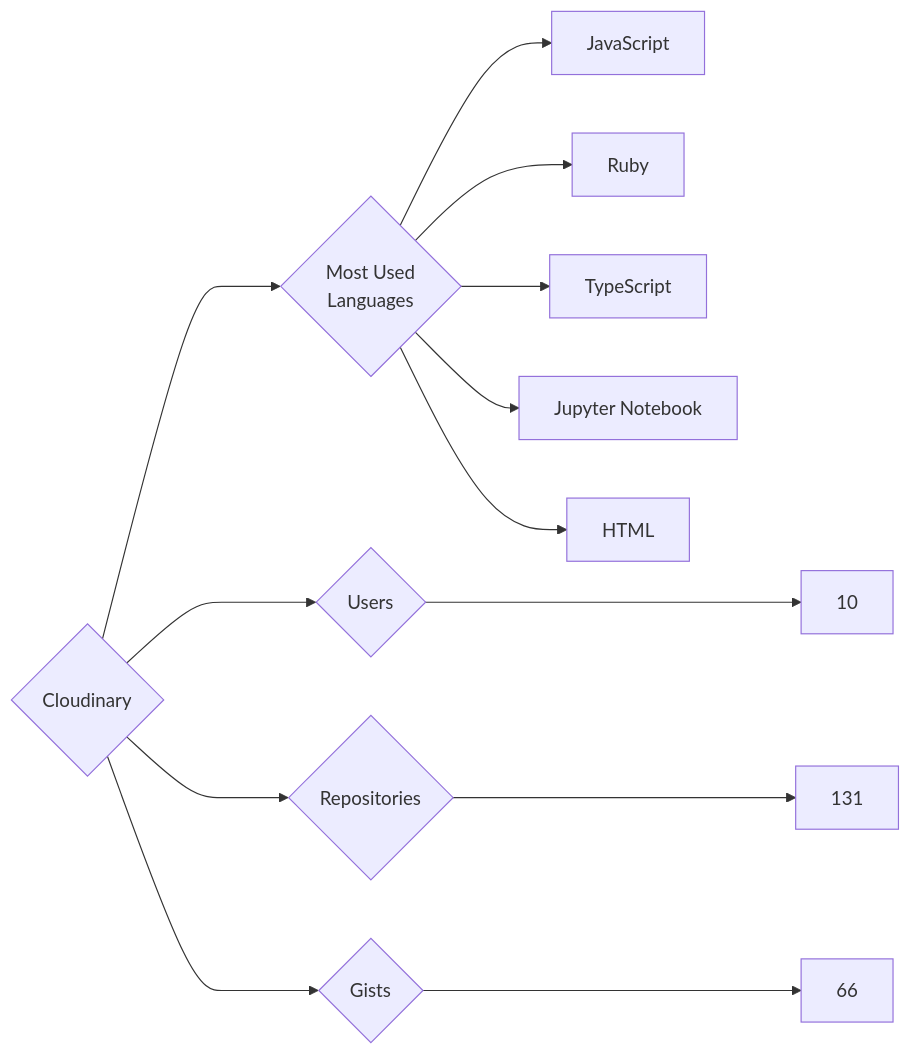
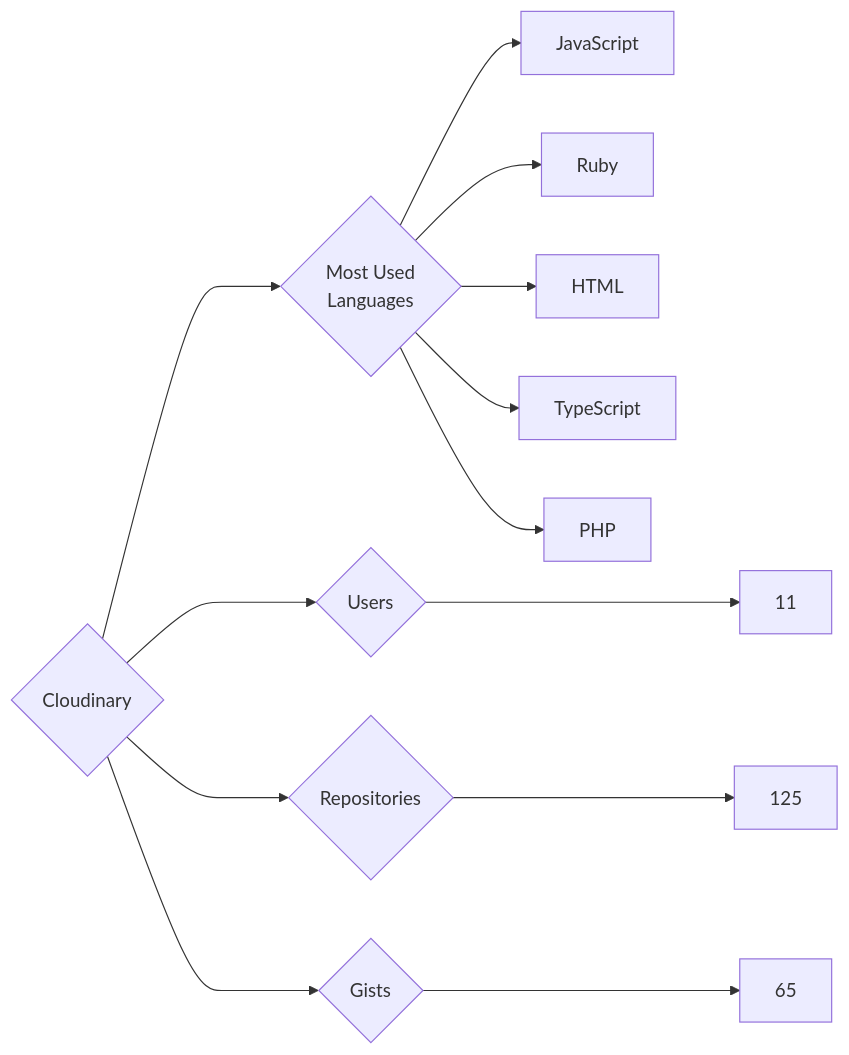
One commit to trickest/insiders changed the diagram in targets/Cloudinary/README.md. Above: the diagram before and after it, drawn with Mermaid. The commit also changed 882 other files, not shown here.

````diff
--- a/targets/Cloudinary/README.md
+++ b/targets/Cloudinary/README.md
@@ -3,13 +3,13 @@
 ```mermaid
 graph LR
 COMPANY_NAME{Cloudinary}
-COMPANY_NAME ---> U{Users} ---> UN[10]
-COMPANY_NAME ---> R{Repositories} ---> RN[131]
-COMPANY_NAME ---> G{Gists} ---> GN[66]
+COMPANY_NAME ---> U{Users} ---> UN[11]
+COMPANY_NAME ---> R{Repositories} ---> RN[125]
+COMPANY_NAME ---> G{Gists} ---> GN[65]
 COMPANY_NAME ---> ML{Most Used<br>Languages}
 ML --> JavaScript[JavaScript]
 ML --> Ruby[Ruby]
+ML --> HTML[HTML]
 ML --> TypeScript[TypeScript]
-ML --> Jupyter_Notebook[Jupyter Notebook]
-ML --> HTML[HTML]
+ML --> PHP[PHP]
 ```
````
